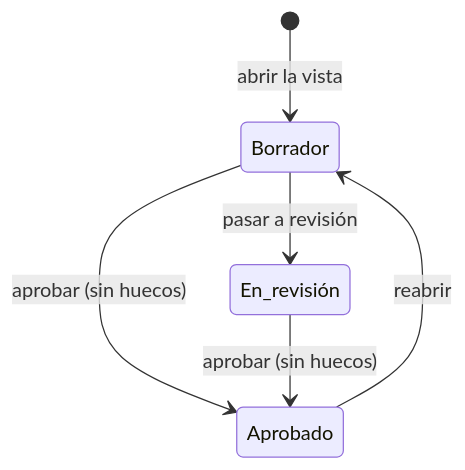
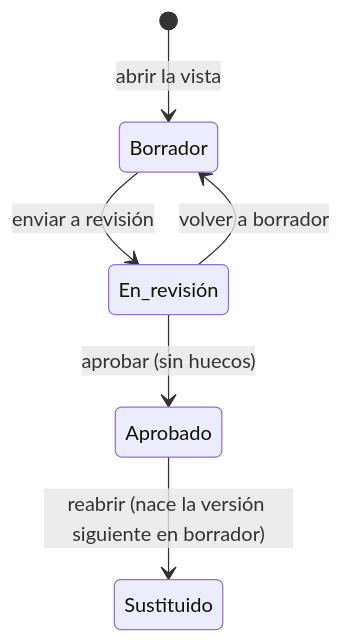
One commit to albarracingarciap/fluxion-saas changed the diagram in docs/funcional/expediente-documental.md. Above: the diagram before and after it, drawn with Mermaid. The commit also changed other lines of this file and 16 other files, not shown here.

````diff
--- a/docs/funcional/expediente-documental.md
+++ b/docs/funcional/expediente-documental.md
@@ -160,8 +172,8 @@
 ```mermaid
 stateDiagram-v2
   [*] --> Borrador: abrir la vista
-  Borrador --> En_revisión: pasar a revisión
-  Borrador --> Aprobado: aprobar (sin huecos)
+  Borrador --> En_revisión: enviar a revisión
+  En_revisión --> Borrador: volver a borrador
   En_revisión --> Aprobado: aprobar (sin huecos)
-  Aprobado --> Borrador: reabrir
+  Aprobado --> Sustituido: reabrir (nace la versión siguiente en borrador)
 ```
````
